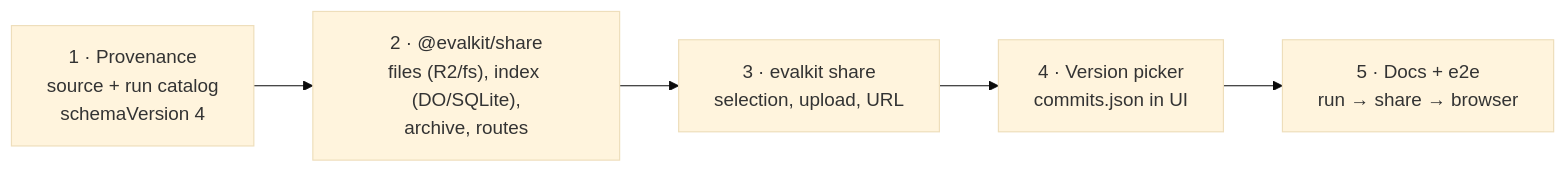
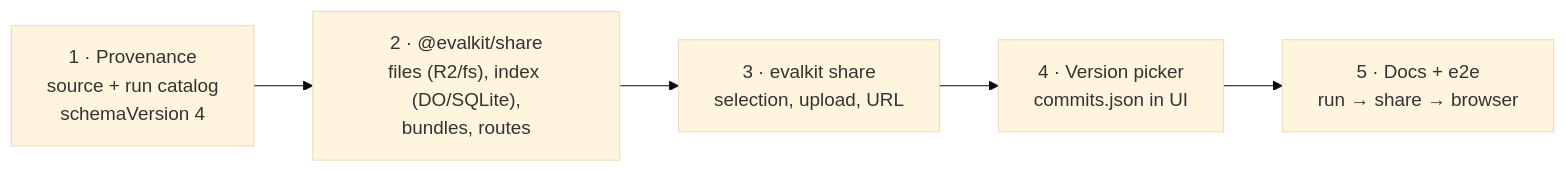
Before and after one commit to leostera/evalkit: the ninth of 9 diagrams in docs/rfds/RFD0006-commit-provenance-and-share-server.md, drawn with Mermaid (base theme). The commit also changed other lines of this file and 47 other files, not shown here.

First line of the commit message:
feat: add evalkit share and the @evalkit/share server (RFD0006)

````diff
--- a/docs/rfds/RFD0006-commit-provenance-and-share-server.md
+++ b/docs/rfds/RFD0006-commit-provenance-and-share-server.md
@@ -409,7 +414,7 @@
 ```mermaid
 flowchart LR
-  p1["1 · Provenance<br/>source + run catalog<br/>schemaVersion 4"] --> p2["2 · @evalkit/share<br/>files (R2/fs), index (DO/SQLite),<br/>archive, routes"]
+  p1["1 · Provenance<br/>source + run catalog<br/>schemaVersion 4"] --> p2["2 · @evalkit/share<br/>files (R2/fs), index (DO/SQLite),<br/>bundles, routes"]
   p2 --> p3["3 · evalkit share<br/>selection, upload, URL"]
   p3 --> p4["4 · Version picker<br/>commits.json in UI"]
   p4 --> p5["5 · Docs + e2e<br/>run → share → browser"]
 ```
````
